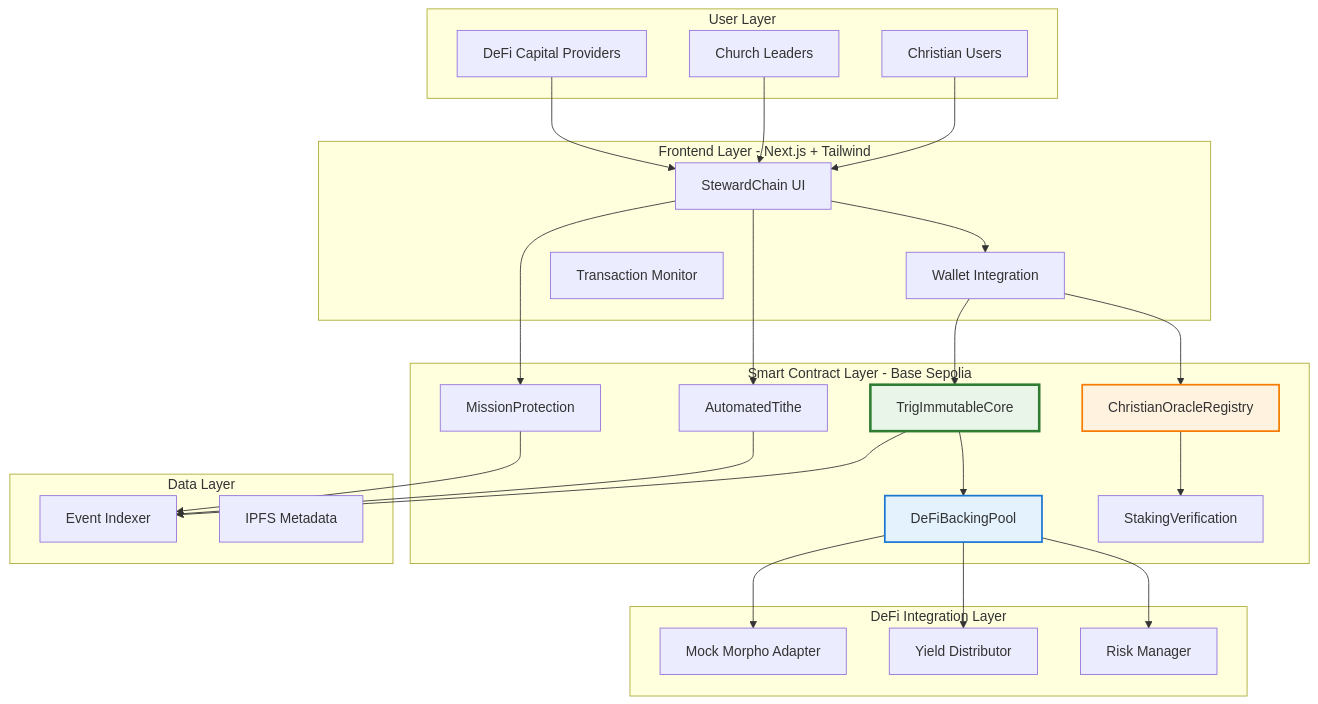
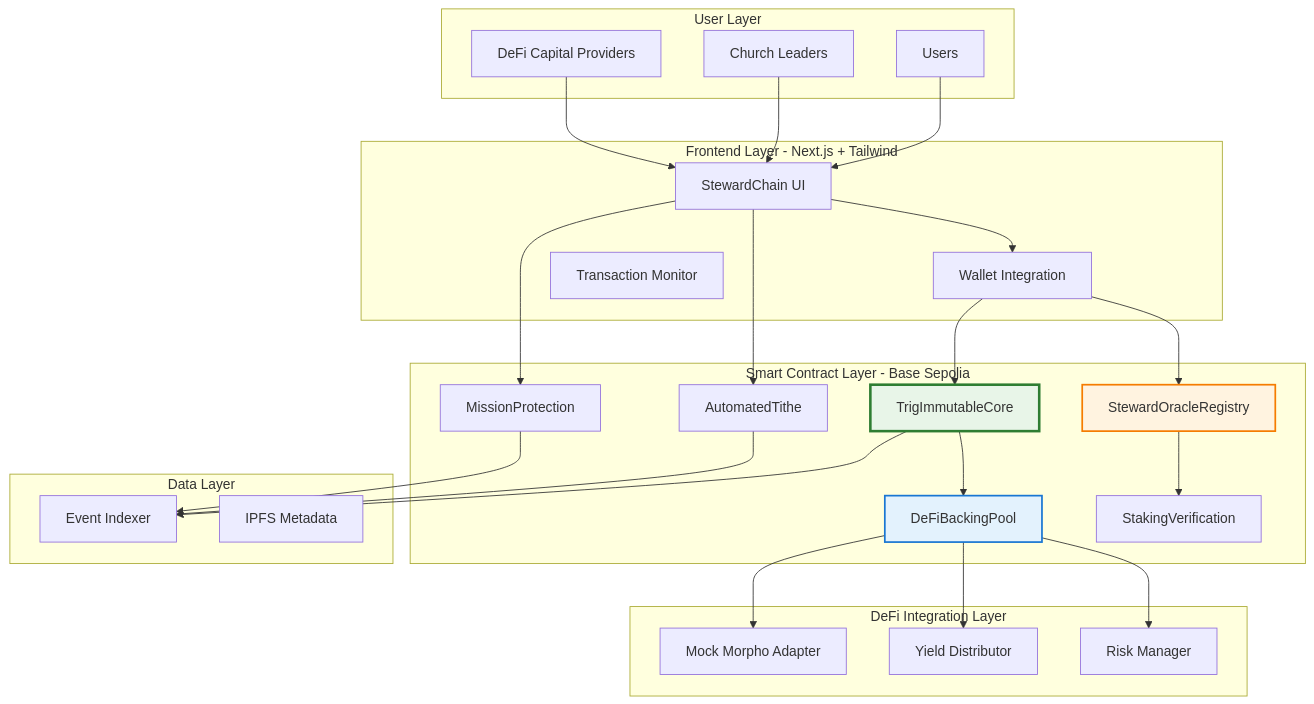
The diagram in ARCHITECTURE.md (e3o8o/trig-hackathon), drawn with Mermaid before and after one commit. The commit also changed other lines of this file and 5 other files, not shown here.

First line of the commit message:
Complete rename: All remaining 'Christian' to 'Steward' references

````diff
--- a/ARCHITECTURE.md
+++ b/ARCHITECTURE.md
@@ -11,56 +11,56 @@
 ```mermaid
 %%{ init: {'flowchart': {'htmlLabels': true}} }%%
 graph TD
     subgraph "User Layer"
-        A[Christian Users]
+        A[Users]
         B[Church Leaders]
         C[DeFi Capital Providers]
     end
     
     subgraph "Frontend Layer - Next.js + Tailwind"
         D[StewardChain UI]
         E[Wallet Integration]
         F[Transaction Monitor]
     end
     
     subgraph "Smart Contract Layer - Base Sepolia"
         G[TrigImmutableCore]
-        H[ChristianOracleRegistry]
+        H[StewardOracleRegistry]
         I[AutomatedTithe]
         J[MissionProtection]
         K[DeFiBackingPool]
         L[StakingVerification]
     end
     
     subgraph "DeFi Integration Layer"
         M[Mock Morpho Adapter]
         N[Yield Distributor]
         O[Risk Manager]
     end
     
     subgraph "Data Layer"
         P[Event Indexer]
         Q[IPFS Metadata]
     end
     
     A --> D
     B --> D
     C --> D
     D --> E
     E --> G
     E --> H
     D --> I
     D --> J
     G --> K
     H --> L
     K --> M
     K --> N
     K --> O
     G --> P
     I --> P
     J --> P
     
     style G fill:#e8f5e8,stroke:#2e7d32,stroke-width:3px
     style H fill:#fff3e0,stroke:#f57c00,stroke-width:2px
     style K fill:#e3f2fd,stroke:#1976d2,stroke-width:2px
 ```
````
